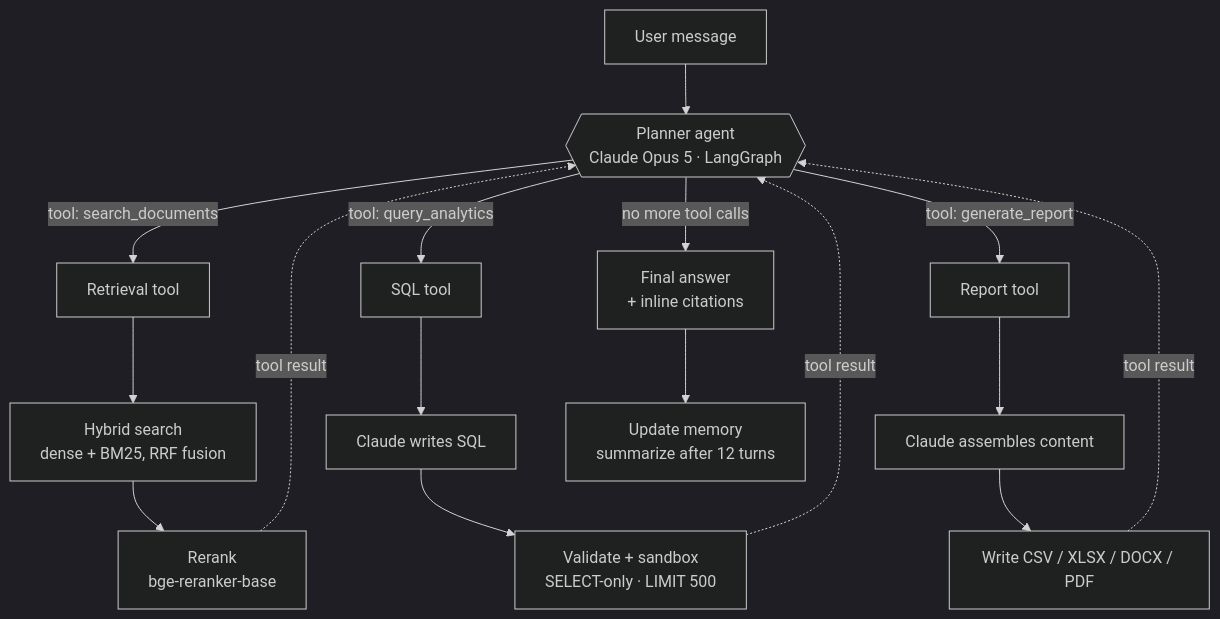
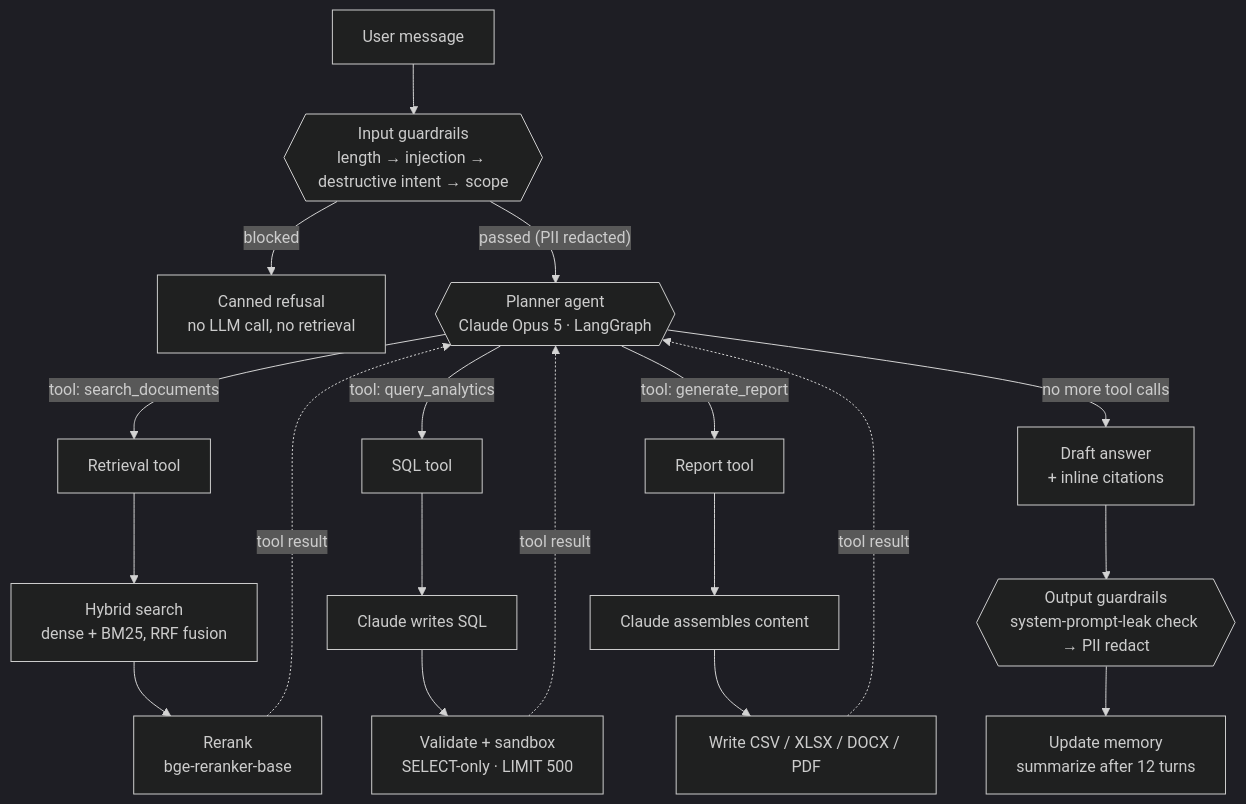
One commit to rithikathena-cmyk/Ai_Rag changed the second of 2 diagrams in ARCHITECTURE.md. Above: the diagram before and after it, drawn with Mermaid (dark theme). The commit also changed other lines of this file and 271 other files, not shown here.

First line of the commit message:
Add RBAC/JWT auth, Claude gateway, guardrails, and project-scoped access control

````diff
--- a/ARCHITECTURE.md
+++ b/ARCHITECTURE.md
@@ -64,22 +65,25 @@
 ```mermaid
 flowchart TD
-    U["User message"] --> P{{"Planner agent\nClaude Opus 5 · LangGraph"}}
+    U["User message"] --> GIN{{"Input guardrails\nlength → injection → destructive intent → scope"}}
+    GIN -- "blocked" --> REF["Canned refusal\nno LLM call, no retrieval"]
+    GIN -- "passed (PII redacted)" --> P{{"Planner agent\nClaude Opus 5 · LangGraph"}}
     P -- "tool: search_documents" --> T1["Retrieval tool"]
     P -- "tool: query_analytics" --> T2["SQL tool"]
     P -- "tool: generate_report" --> T3["Report tool"]
-    P -- "no more tool calls" --> ANS["Final answer\n+ inline citations"]
+    P -- "no more tool calls" --> ANS["Draft answer\n+ inline citations"]
 
     T1 --> R1["Hybrid search\ndense + BM25, RRF fusion"]
     R1 --> R2["Rerank\nbge-reranker-base"]
     R2 -. "tool result" .-> P
 
     T2 --> S1["Claude writes SQL"]
     S1 --> S2["Validate + sandbox\nSELECT-only · LIMIT 500"]
     S2 -. "tool result" .-> P
 
     T3 --> RP1["Claude assembles content"]
     RP1 --> RP2["Write CSV / XLSX / DOCX / PDF"]
     RP2 -. "tool result" .-> P
 
-    ANS --> MEM["Update memory\nsummarize after 12 turns"]
+    ANS --> GOUT{{"Output guardrails\nsystem-prompt-leak check → PII redact"}}
+    GOUT --> MEM["Update memory\nsummarize after 12 turns"]
 ```
````
